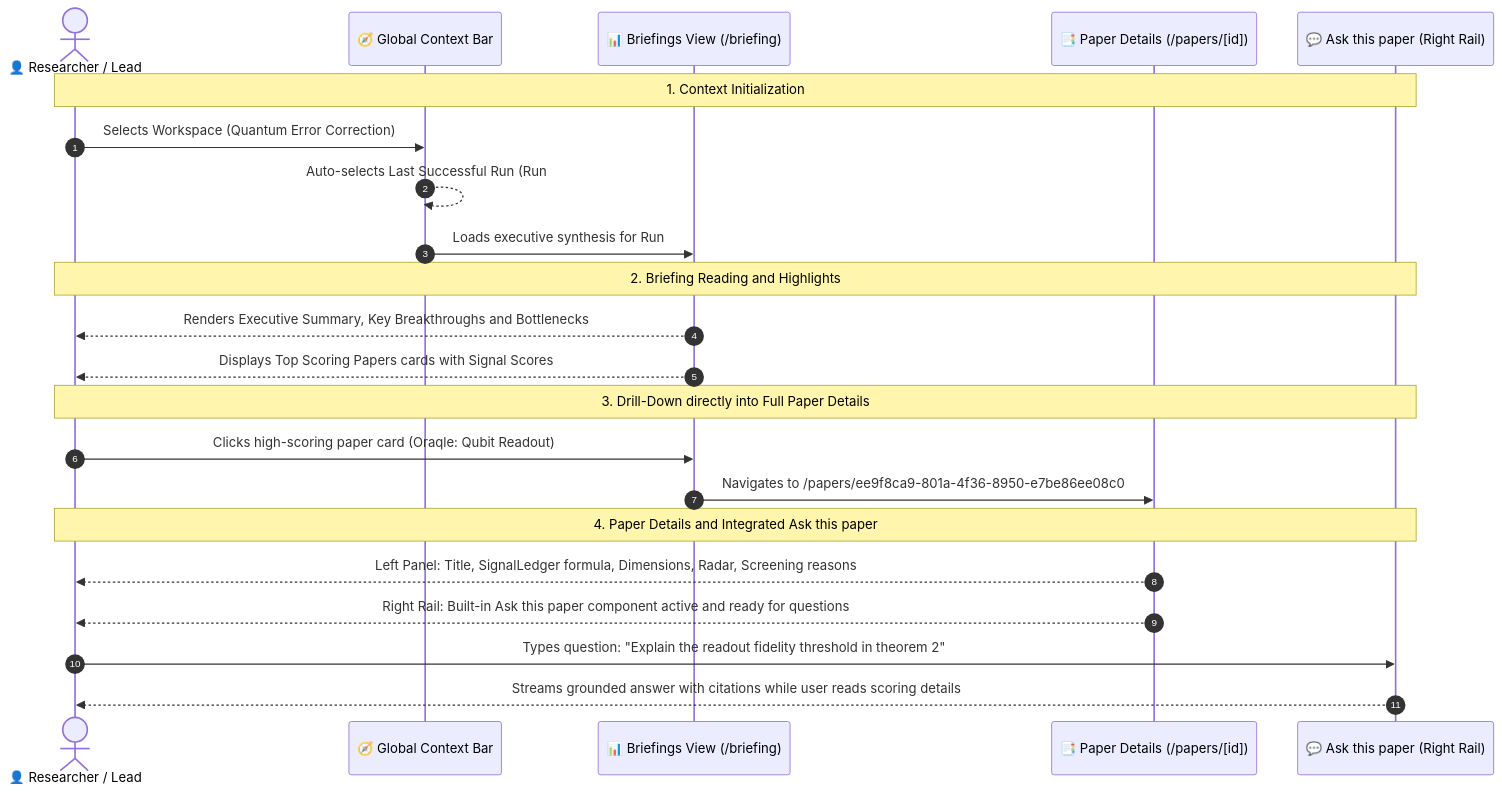
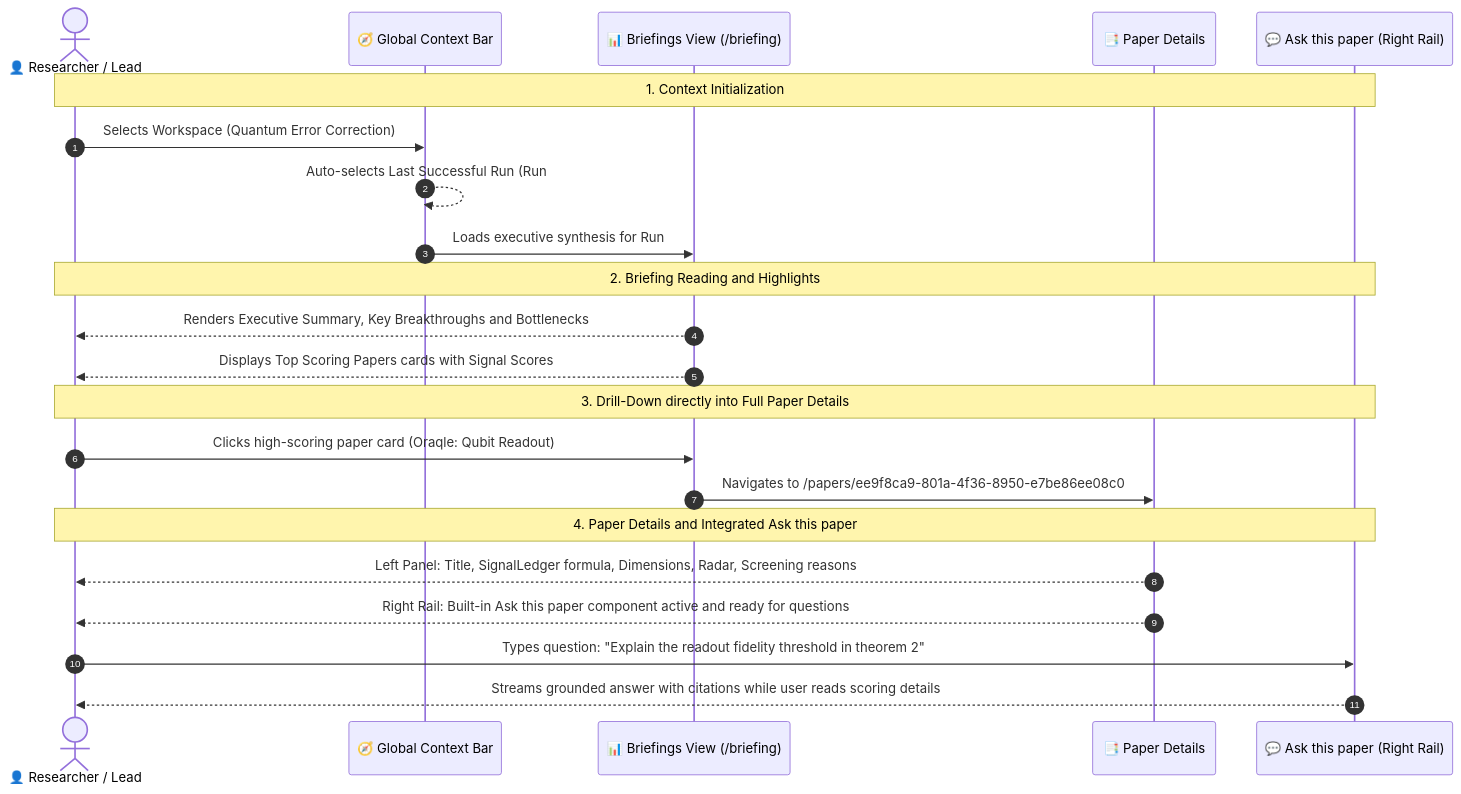
Before and after one commit to p4ku/research-intelligence: the first of 6 diagrams in docs/user_journeys/stage_2_user_journeys.md, drawn with Mermaid. The commit also changed other lines of this file, not shown here.

Commit message:
docs: unify Paper Details view and Ask this paper interactions in Diagram 3.2 and 4.2

````diff
--- a/docs/user_journeys/stage_2_user_journeys.md
+++ b/docs/user_journeys/stage_2_user_journeys.md
@@ -74,28 +74,28 @@
 ```mermaid
 sequenceDiagram
     autonumber
     actor User as 👤 Researcher / Lead
     participant TopBar as 🧭 Global Context Bar
     participant BriefingUI as 📊 Briefings View (/briefing)
-    participant DetailsPage as 📑 Paper Details (/papers/[id])
+    participant DetailsPage as 📑 Paper Details
     participant PaperChat as 💬 Ask this paper (Right Rail)
 
     Note over User,PaperChat: 1. Context Initialization
     User->>TopBar: Selects Workspace (Quantum Error Correction)
     TopBar-->>TopBar: Auto-selects Last Successful Run (Run #14)
     TopBar->>BriefingUI: Loads executive synthesis for Run #14
 
     Note over User,PaperChat: 2. Briefing Reading and Highlights
     BriefingUI-->>User: Renders Executive Summary, Key Breakthroughs and Bottlenecks
     BriefingUI-->>User: Displays Top Scoring Papers cards with Signal Scores
 
     Note over User,PaperChat: 3. Drill-Down directly into Full Paper Details
     User->>BriefingUI: Clicks high-scoring paper card (Oraqle: Qubit Readout)
     BriefingUI->>DetailsPage: Navigates to /papers/ee9f8ca9-801a-4f36-8950-e7be86ee08c0
 
     Note over User,PaperChat: 4. Paper Details and Integrated Ask this paper
     DetailsPage-->>User: Left Panel: Title, SignalLedger formula, Dimensions, Radar, Screening reasons
     DetailsPage-->>User: Right Rail: Built-in Ask this paper component active and ready for questions
     User->>PaperChat: Types question: "Explain the readout fidelity threshold in theorem 2"
     PaperChat-->>User: Streams grounded answer with citations while user reads scoring details
 ```
````
